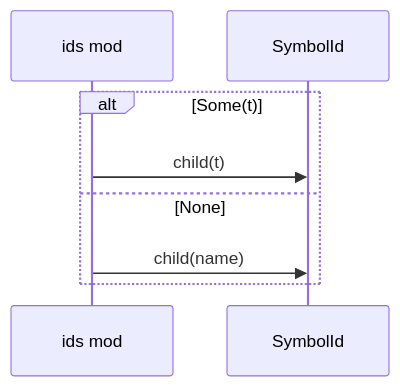
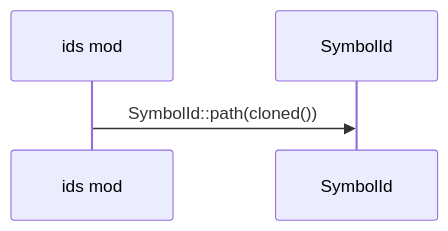
One commit to DreamLab-AI/codemaid changed the seventh of 8 diagrams in docs/sealmap/crates/sealmap-frontend/src/ids.rs.md. Above: the diagram before and after it, drawn with Mermaid. The commit also changed other lines of this file and 45 other files, not shown here.

First line of the commit message:
docs: regenerate the self-corpus for sym: ids and schema v2

````diff
--- a/docs/sealmap/crates/sealmap-frontend/src/ids.rs.md
+++ b/docs/sealmap/crates/sealmap-frontend/src/ids.rs.md
@@ -79,10 +133,6 @@
 ```mermaid
 sequenceDiagram
   participant sealmap_frontend__ids as ids mod
-  participant sealmap_model__symbol__SymbolId as SymbolId
-  alt Some(t)
-    sealmap_frontend__ids->>sealmap_model__symbol__SymbolId: child(t)
-  else None
-    sealmap_frontend__ids->>sealmap_model__symbol__SymbolId: child(name)
-  end
+  participant sealmap_model__sym___tSymbolId as SymbolId
+  sealmap_frontend__ids->>sealmap_model__sym___tSymbolId: SymbolId::path(cloned())
 ```
````
